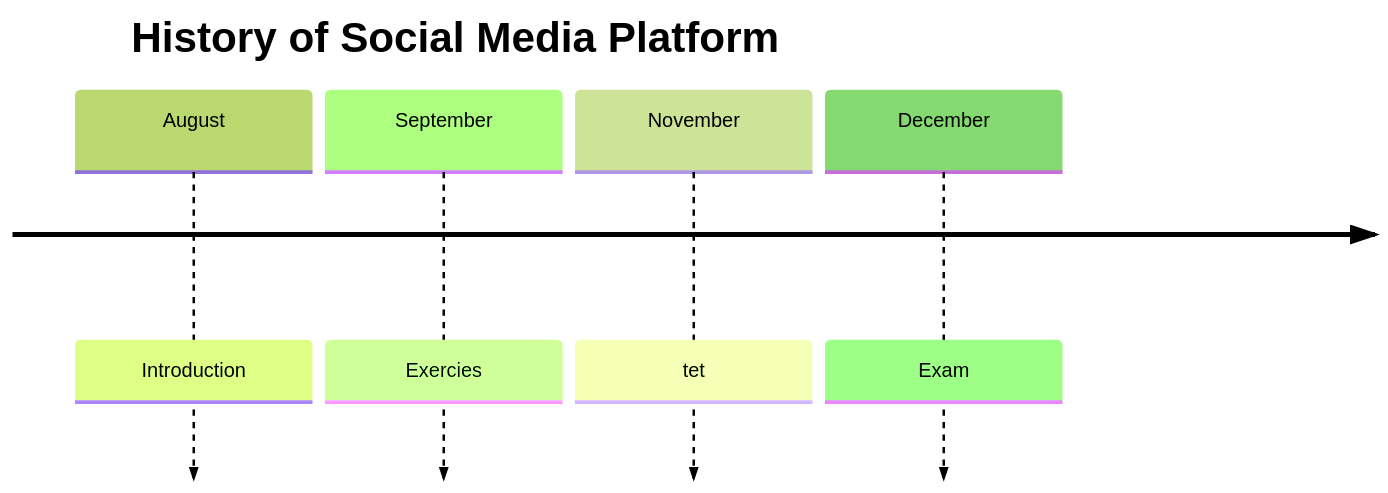
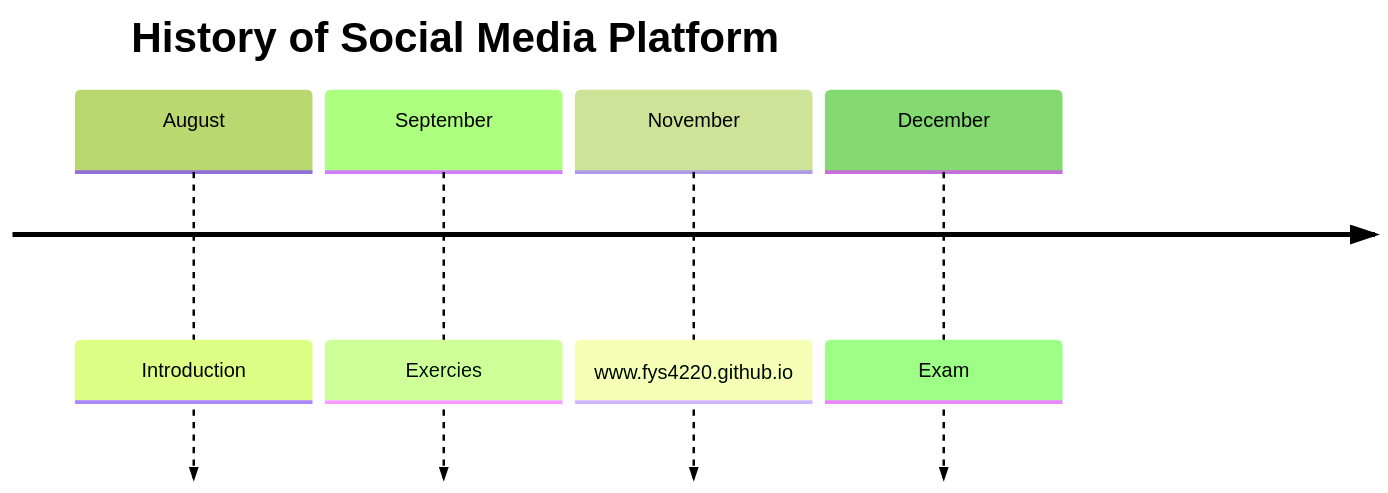
Before and after one commit to fys4220/test: the diagram in README.md, drawn with Mermaid (forest theme).

````diff
--- a/README.md
+++ b/README.md
@@ -4,8 +4,8 @@
 ```mermaid
 timeline
     title History of Social Media Platform
     August : Introduction
     September : Exercies
-    November : tet
+    November : www.fys4220.github.io
     December : Exam
 ```
````
